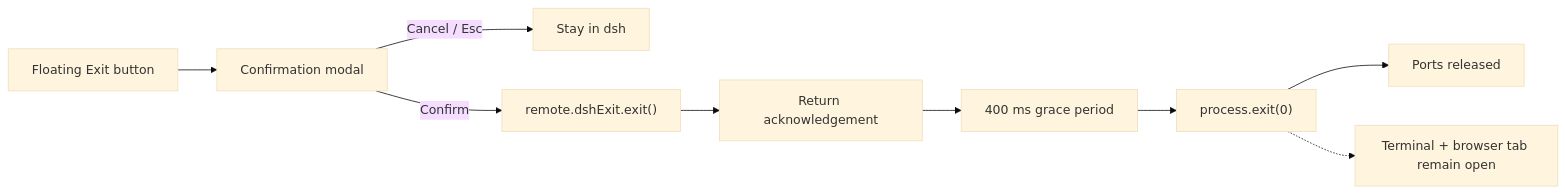
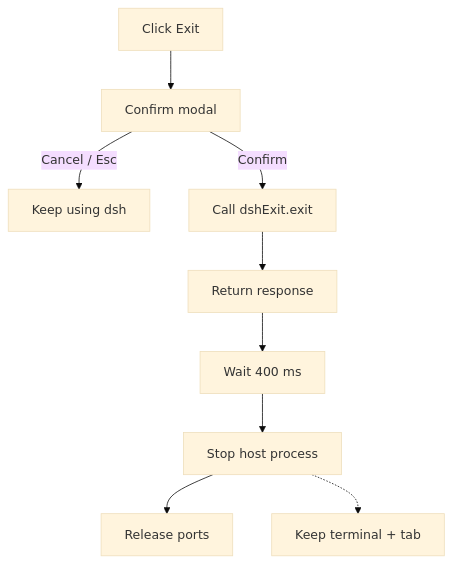
One commit to KeS1Ke/dsh-exit changed the diagram in README.md. Above: the diagram before and after it, drawn with Mermaid (base theme).

Commit message:
docs: make flowchart responsive

````diff
--- a/README.md
+++ b/README.md
@@ -32,11 +32,11 @@
 ```mermaid
-flowchart LR
-    A["Floating Exit button"] --> B["Confirmation modal"]
-    B -->|Cancel / Esc| C["Stay in dsh"]
-    B -->|Confirm| D["remote.dshExit.exit()"]
-    D --> E["Return acknowledgement"]
-    E --> F["400 ms grace period"]
-    F --> G["process.exit(0)"]
-    G --> H["Ports released"]
-    G -.-> I["Terminal + browser tab remain open"]
+flowchart TB
+    A["Click Exit"] --> B["Confirm modal"]
+    B -->|Cancel / Esc| C["Keep using dsh"]
+    B -->|Confirm| D["Call dshExit.exit"]
+    D --> E["Return response"]
+    E --> F["Wait 400 ms"]
+    F --> G["Stop host process"]
+    G --> H["Release ports"]
+    G -.-> I["Keep terminal + tab"]
 ```
````
